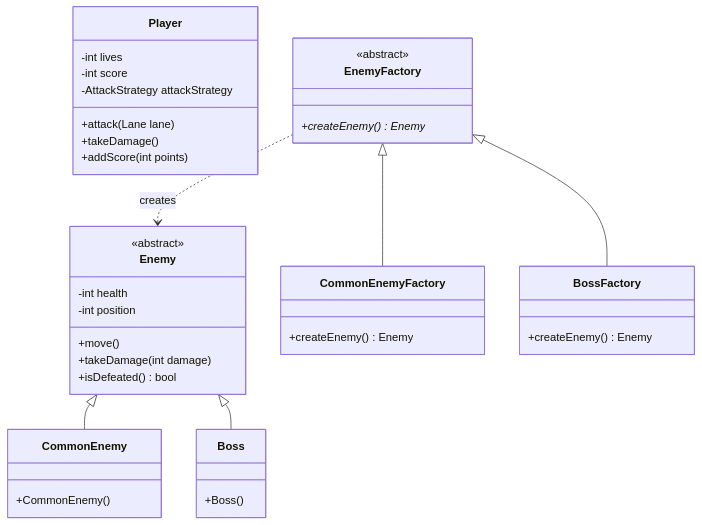
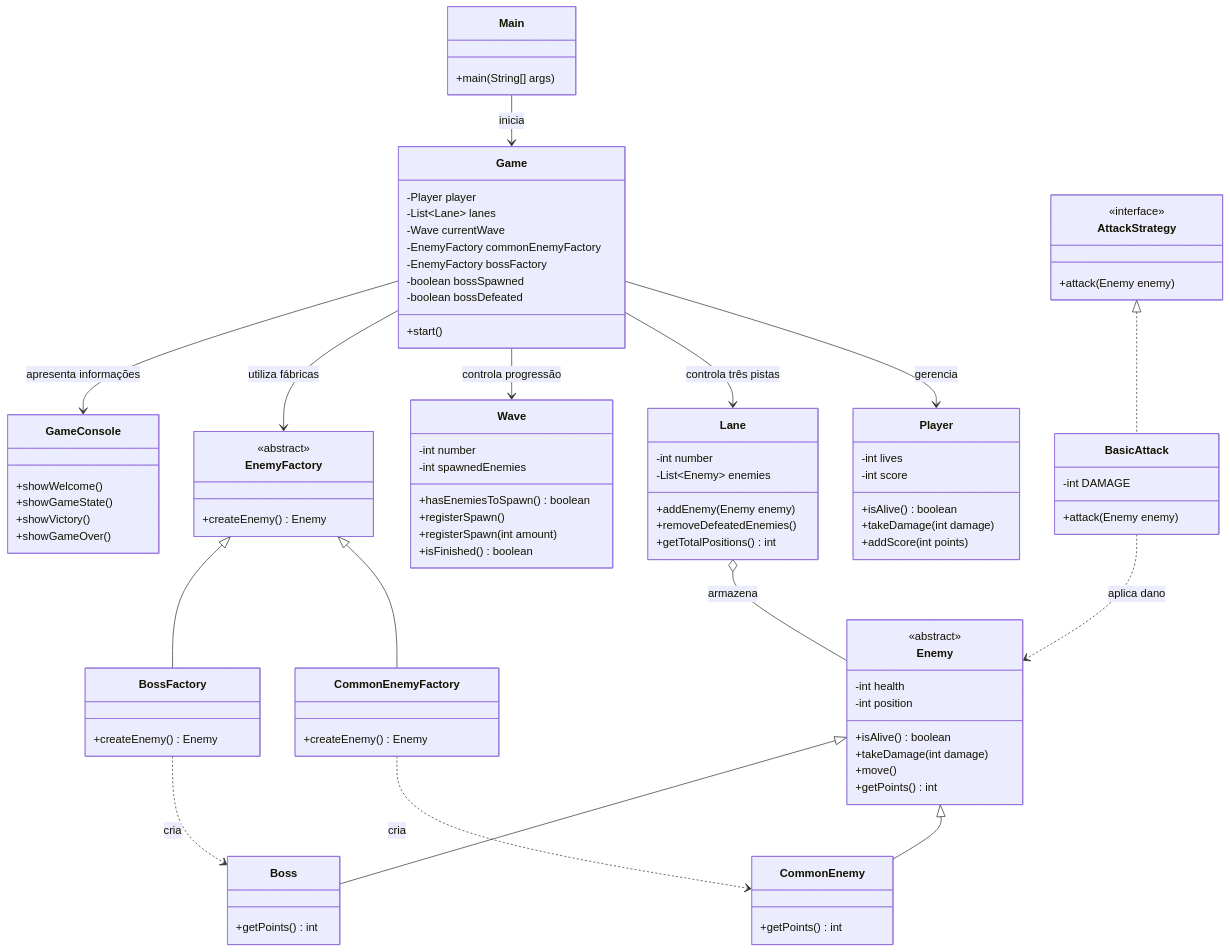
The second of 2 diagrams in README.md (gabrielesequeira/lane-based-combat-game), drawn with Mermaid before and after one commit. The commit also changed other lines of this file and 11 other files, not shown here.

````diff
--- a/README.md
+++ b/README.md
@@ -209,40 +276,106 @@
 ```mermaid
 classDiagram
+    class Main {
+        +main(String[] args)
+    }
+
+    class Game {
+        -Player player
+        -List~Lane~ lanes
+        -Wave currentWave
+        -EnemyFactory commonEnemyFactory
+        -EnemyFactory bossFactory
+        -boolean bossSpawned
+        -boolean bossDefeated
+        +start()
+    }
+
     class Player {
         -int lives
         -int score
-        -AttackStrategy attackStrategy
-        +attack(Lane lane)
-        +takeDamage()
+        +isAlive() boolean
+        +takeDamage(int damage)
         +addScore(int points)
     }
+
+    class Lane {
+        -int number
+        -List~Enemy~ enemies
+        +addEnemy(Enemy enemy)
+        +removeDefeatedEnemies()
+        +getTotalPositions() int
+    }
+
     class Enemy {
         <<abstract>>
         -int health
         -int position
+        +isAlive() boolean
+        +takeDamage(int damage)
         +move()
-        +takeDamage(int damage)
-        +isDefeated() bool
+        +getPoints() int
     }
+
     class CommonEnemy {
-        +CommonEnemy()
+        +getPoints() int
     }
+
     class Boss {
-        +Boss()
+        +getPoints() int
     }
+
+    class Wave {
+        -int number
+        -int spawnedEnemies
+        +hasEnemiesToSpawn() boolean
+        +registerSpawn()
+        +registerSpawn(int amount)
+        +isFinished() boolean
+    }
+
     class EnemyFactory {
         <<abstract>>
-        +createEnemy()* Enemy
+        +createEnemy() Enemy
     }
+
     class CommonEnemyFactory {
         +createEnemy() Enemy
     }
+
     class BossFactory {
         +createEnemy() Enemy
     }
+
+    class AttackStrategy {
+        <<interface>>
+        +attack(Enemy enemy)
+    }
+
+    class BasicAttack {
+        -int DAMAGE
+        +attack(Enemy enemy)
+    }
+
+    class GameConsole {
+        +showWelcome()
+        +showGameState()
+        +showVictory()
+        +showGameOver()
+    }
+
+    Main --> Game : inicia
+    Game --> Player : gerencia
+    Game --> Lane : controla três pistas
+    Game --> Wave : controla progressão
+    Game --> EnemyFactory : utiliza fábricas
+    Game --> GameConsole : apresenta informações
+    Lane o-- Enemy : armazena
     Enemy <|-- CommonEnemy
     Enemy <|-- Boss
     EnemyFactory <|-- CommonEnemyFactory
     EnemyFactory <|-- BossFactory
-    EnemyFactory ..> Enemy : creates
+    CommonEnemyFactory ..> CommonEnemy : cria
+    BossFactory ..> Boss : cria
+    AttackStrategy <|.. BasicAttack
+    BasicAttack ..> Enemy : aplica dano
 ```
````
